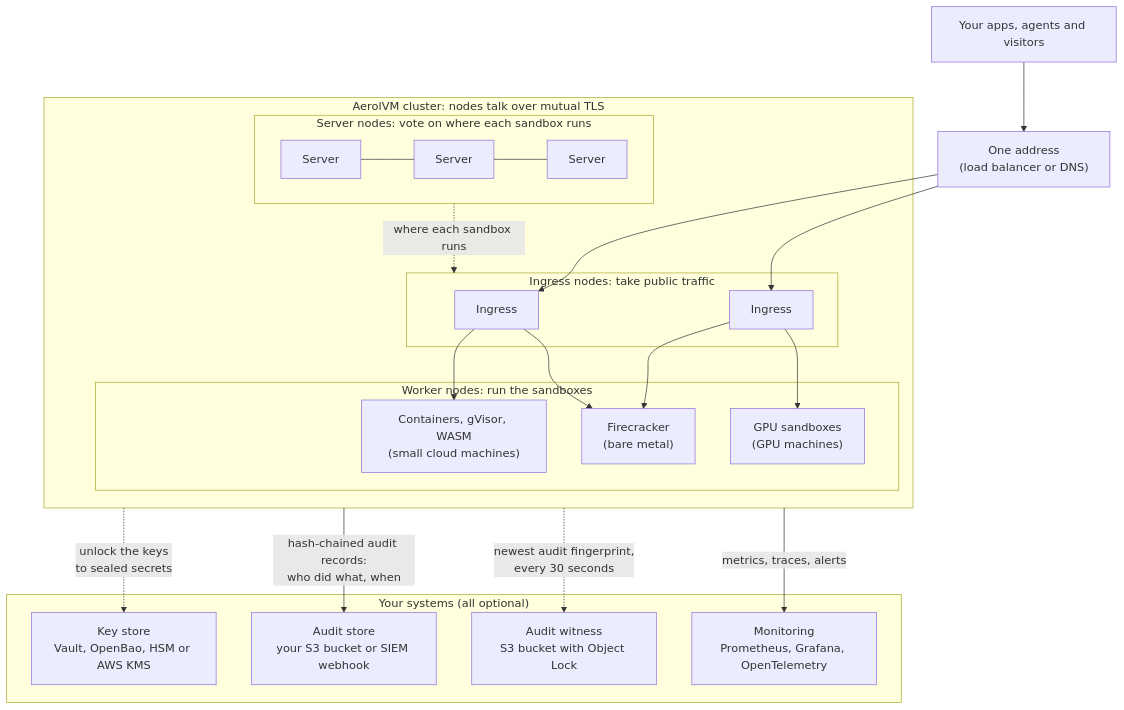
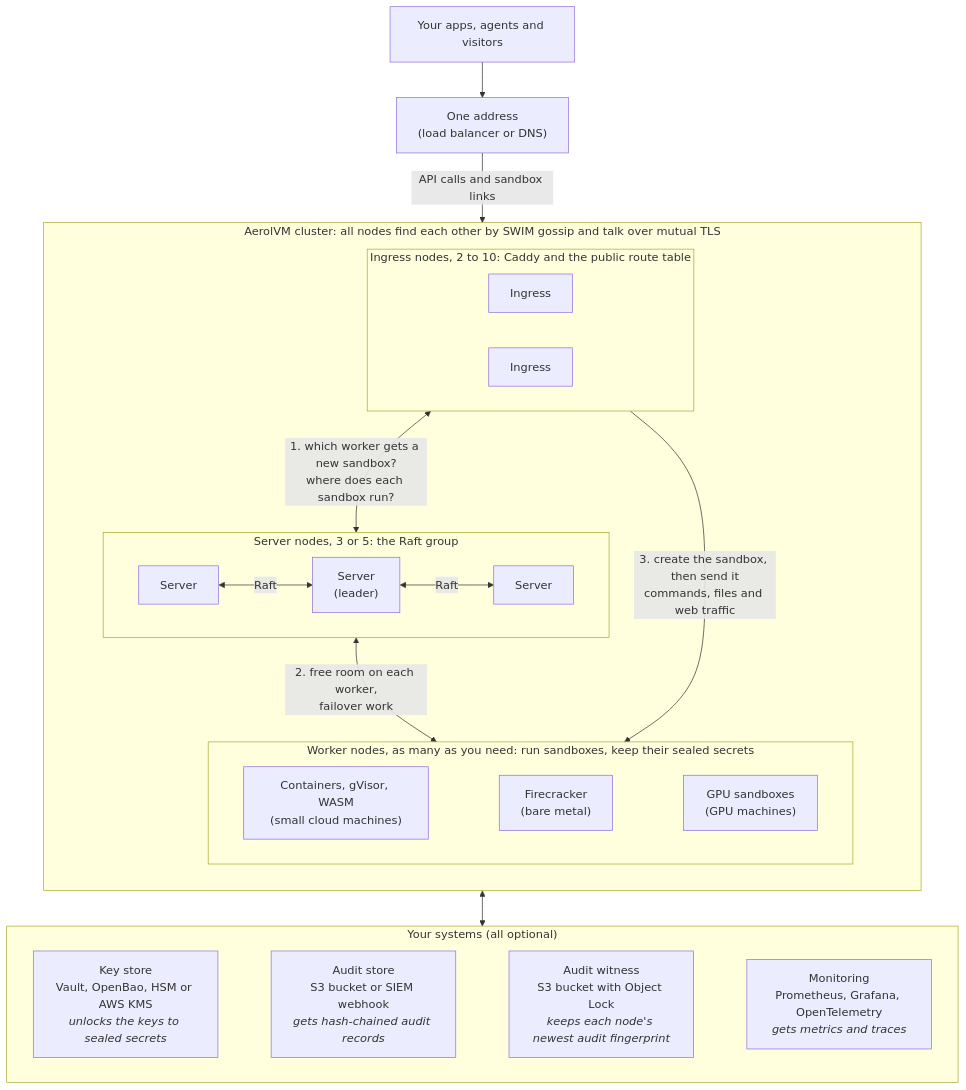
One commit to aerol-ai/microvm changed the diagram in README.md. Above: the diagram before and after it, drawn with Mermaid. The commit also changed other lines of this file, not shown here.

Commit message:
docs(readme): show how the cluster really works, drawn for GitHub
The first diagram copied the docs page's arrows, which made it look as
if server nodes only talk to ingress nodes. It also broke on GitHub:
GitHub draws Mermaid with the ELK layout, so the server box spilled out
of the cluster box and lines ran through titles.

The new diagram follows one new sandbox: the ingress node asks the
Raft group which worker has room, then forwards the create to that
worker. It shows Raft between the servers, gossip and mutual TLS
between all nodes, where sealed secrets live, and what the key store,
audit store, audit witness and monitoring each do. Edges link whole
tiers, so ELK keeps every box inside its parent.

````diff
--- a/README.md
+++ b/README.md
@@ -71,35 +71,32 @@
 ```mermaid
 flowchart TB
-    App["Your apps, agents and visitors"] --> Entry["One address<br/>(load balancer or DNS)"]
-    Entry --> I1
-    Entry --> I2
-    subgraph Cluster["AerolVM cluster: nodes talk over mutual TLS"]
-        subgraph Ingress["Ingress nodes: take public traffic"]
+    Users["Your apps, agents and visitors"] --> LB["One address<br/>(load balancer or DNS)"]
+    LB -- "API calls and sandbox links" --> Ingress
+
+    subgraph Cluster["AerolVM cluster: all nodes find each other by SWIM gossip and talk over mutual TLS"]
+        direction TB
+        subgraph Ingress["Ingress nodes, 2 to 10: Caddy and the public route table"]
+            direction LR
             I1["Ingress"]
             I2["Ingress"]
         end
-        subgraph Workers["Worker nodes: run the sandboxes"]
-            W1["Containers, gVisor, WASM<br/>(small cloud machines)"]
-            W2["Firecracker<br/>(bare metal)"]
-            W3["GPU sandboxes<br/>(GPU machines)"]
+        subgraph Servers["Server nodes, 3 or 5: the Raft group"]
+            direction LR
+            S1["Server"] <-- "Raft" --> S2["Server<br/>(leader)"] <-- "Raft" --> S3["Server"]
         end
-        subgraph Servers["Server nodes: vote on where each sandbox runs"]
-            S1["Server"] --- S2["Server"] --- S3["Server"]
+        subgraph Workers["Worker nodes, as many as you need: run sandboxes, keep their sealed secrets"]
+            direction LR
+            W1["Containers, gVisor, WASM<br/>(small cloud machines)"] ~~~ W2["Firecracker<br/>(bare metal)"] ~~~ W3["GPU sandboxes<br/>(GPU machines)"]
         end
     end
-    I1 --> W1
-    I1 --> W2
-    I2 --> W2
-    I2 --> W3
-    Servers -. "where each sandbox runs" .-> Ingress
+
+    Ingress <-- "1. which worker gets a new sandbox?<br/>where does each sandbox run?" --> Servers
+    Servers <-- "2. free room on each worker,<br/>failover work" --> Workers
+    Ingress -- "3. create the sandbox, then send it<br/>commands, files and web traffic" --> Workers
+
     subgraph Yours["Your systems (all optional)"]
-        Keys["Key store<br/>Vault, OpenBao, HSM or AWS KMS"]
-        Audit["Audit store<br/>your S3 bucket or SIEM webhook"]
-        Witness["Audit witness<br/>S3 bucket with Object Lock"]
-        Obs["Monitoring<br/>Prometheus, Grafana, OpenTelemetry"]
+        direction LR
+        Keys["Key store<br/>Vault, OpenBao, HSM or AWS KMS<br/><i>unlocks the keys to sealed secrets</i>"] ~~~ Audit["Audit store<br/>S3 bucket or SIEM webhook<br/><i>gets hash-chained audit records</i>"] ~~~ Witness["Audit witness<br/>S3 bucket with Object Lock<br/><i>keeps each node's newest audit fingerprint</i>"] ~~~ Obs["Monitoring<br/>Prometheus, Grafana, OpenTelemetry<br/><i>gets metrics and traces</i>"]
     end
-    Cluster -. "unlock the keys<br/>to sealed secrets" .-> Keys
-    Cluster -- "hash-chained audit records:<br/>who did what, when" --> Audit
-    Cluster -. "newest audit fingerprint,<br/>every 30 seconds" .-> Witness
-    Cluster -- "metrics, traces, alerts" --> Obs
+    Cluster <--> Yours
 ```
````
